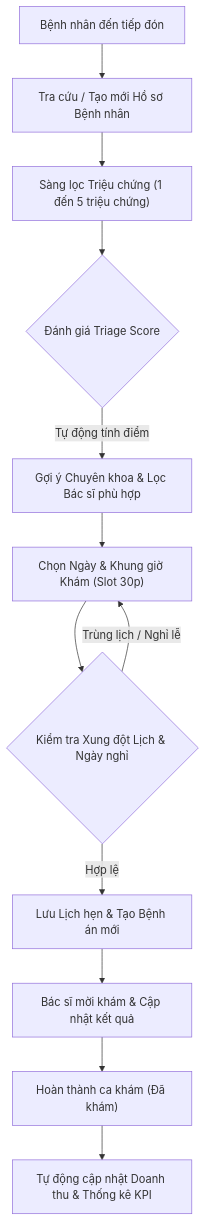
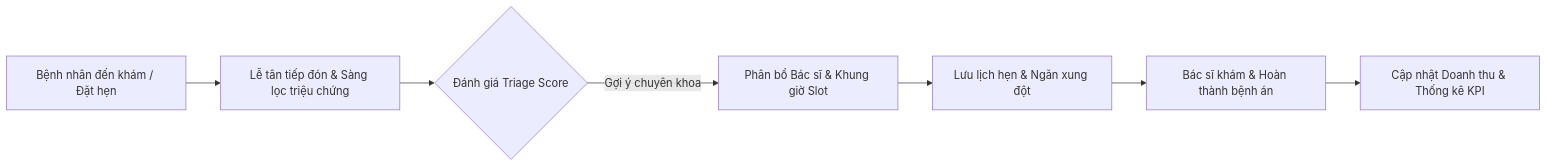
Before and after one commit to LeHuuHoang-26/PBL_2: the first of 2 diagrams in README.md, drawn with Mermaid. The commit also changed other lines of this file and 52 other files, not shown here.

````diff
--- a/README.md
+++ b/README.md
@@ -45,14 +49,9 @@
 ```mermaid
-flowchart TD
-    A["Bệnh nhân đến tiếp đón"] --> B["Tra cứu / Tạo mới Hồ sơ Bệnh nhân"]
-    B --> C["Sàng lọc Triệu chứng (1 đến 5 triệu chứng)"]
-    C --> D{"Đánh giá Triage Score"}
-    D -->|Tự động tính điểm| E["Gợi ý Chuyên khoa & Lọc Bác sĩ phù hợp"]
-    E --> F["Chọn Ngày & Khung giờ Khám (Slot 30p)"]
-    F --> G{"Kiểm tra Xung đột Lịch & Ngày nghỉ"}
-    G -->|Hợp lệ| H["Lưu Lịch hẹn & Tạo Bệnh án mới"]
-    G -->|Trùng lịch / Nghỉ lễ| F
-    H --> I["Bác sĩ mời khám & Cập nhật kết quả"]
-    I --> J["Hoàn thành ca khám (Đã khám)"]
-    J --> K["Tự động cập nhật Doanh thu & Thống kê KPI"]
+flowchart LR
+    A[Bệnh nhân đến khám / Đặt hẹn] --> B[Lễ tân tiếp đón & Sàng lọc triệu chứng]
+    B --> C{Đánh giá Triage Score}
+    C -->|Gợi ý chuyên khoa| D[Phân bổ Bác sĩ & Khung giờ Slot]
+    D --> E[Lưu lịch hẹn & Ngăn xung đột]
+    E --> F[Bác sĩ khám & Hoàn thành bệnh án]
+    F --> G[Cập nhật Doanh thu & Thống kê KPI]
 ```
````
